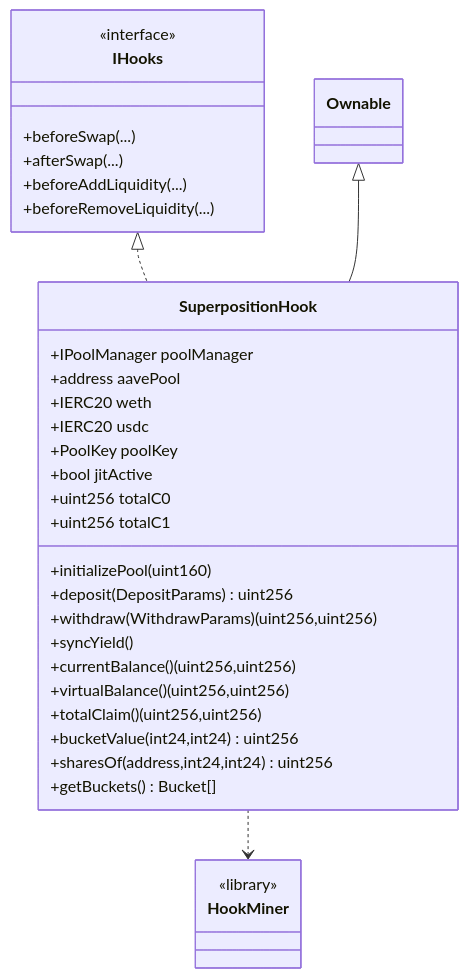
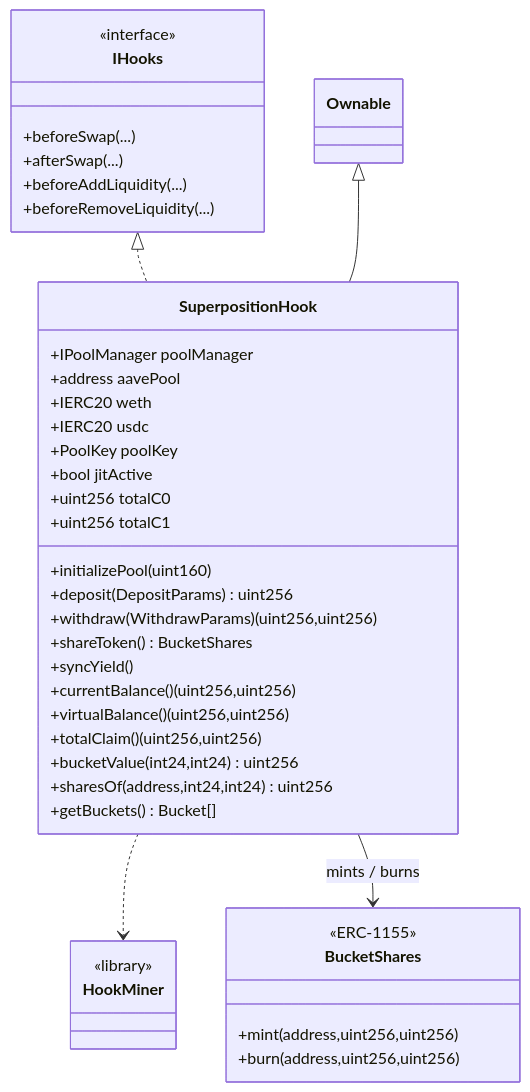
One commit to SolidityDrone/superposition-hook-uni-v4 changed the fourth of 5 diagrams in superposition-uni-v4-hook/README.md. Above: the diagram before and after it, drawn with Mermaid. The commit also changed other lines of this file and 5 other files, not shown here.

First line of the commit message:
feat: ERC-1155 bucket shares with operator delegation

````diff
--- a/superposition-uni-v4-hook/README.md
+++ b/superposition-uni-v4-hook/README.md
@@ -294,37 +299,44 @@
 ```mermaid
 classDiagram
     class IHooks {
         <<interface>>
         +beforeSwap(...)
         +afterSwap(...)
         +beforeAddLiquidity(...)
         +beforeRemoveLiquidity(...)
     }
     class Ownable
     class SuperpositionHook {
         +IPoolManager poolManager
         +address aavePool
         +IERC20 weth
         +IERC20 usdc
         +PoolKey poolKey
         +bool jitActive
         +uint256 totalC0
         +uint256 totalC1
         +initializePool(uint160)
         +deposit(DepositParams) uint256
         +withdraw(WithdrawParams) (uint256,uint256)
+        +shareToken() BucketShares
         +syncYield()
         +currentBalance() (uint256,uint256)
         +virtualBalance() (uint256,uint256)
         +totalClaim() (uint256,uint256)
         +bucketValue(int24,int24) uint256
         +sharesOf(address,int24,int24) uint256
         +getBuckets() Bucket[]
     }
+    class BucketShares {
+        <<ERC-1155>>
+        +mint(address,uint256,uint256)
+        +burn(address,uint256,uint256)
+    }
     class HookMiner {
         <<library>>
     }
     IHooks <|.. SuperpositionHook
     Ownable <|-- SuperpositionHook
     SuperpositionHook ..> HookMiner
+    SuperpositionHook --> BucketShares : mints / burns
 ```
````
